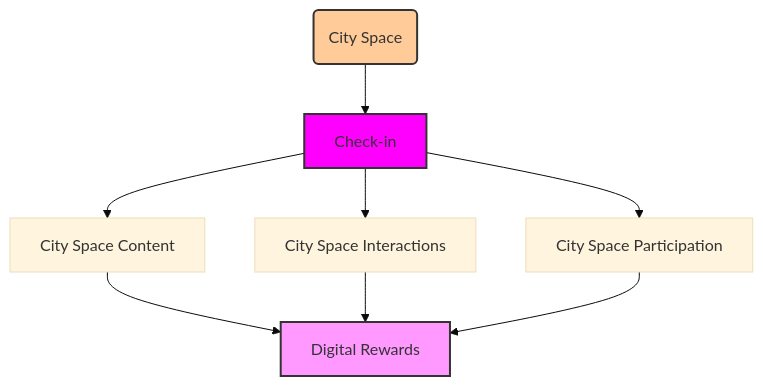
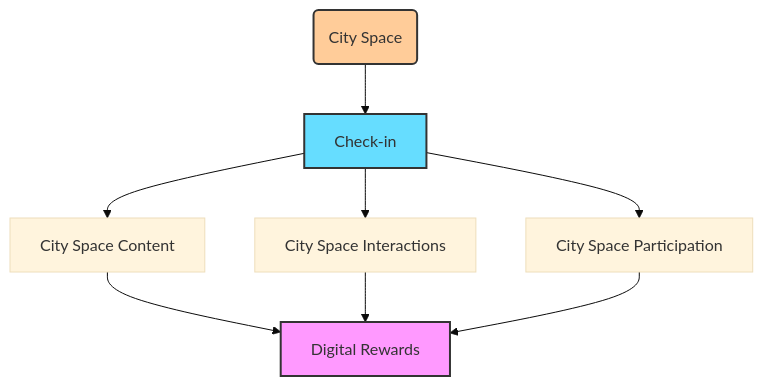
The diagram in pages/elements/city-spaces.md (cityos-work/cityos-dev), drawn with Mermaid (base theme) before and after one commit.

````diff
--- a/pages/elements/city-spaces.md
+++ b/pages/elements/city-spaces.md
@@ -16,13 +16,13 @@
 ```mermaid
 graph TD;
     CS("City Space")-->CI["Check-in"];
     CI-->CSC["City Space Content"];
     CI-->CSI["City Space Interactions"];
     CI-->CSP["City Space Participation"];
     CSC-->DR["Digital Rewards"];
     CSI-->DR;
     CSP-->DR;
     style CS fill:#fc9,stroke:#333,stroke-width:2px
-    style CI fill:#f0f,stroke:#333,stroke-width:2px
+    style CI fill:#6df,stroke:#333,stroke-width:2px
     style DR fill:#f9f,stroke:#333,stroke-width:2px
 ```
````
